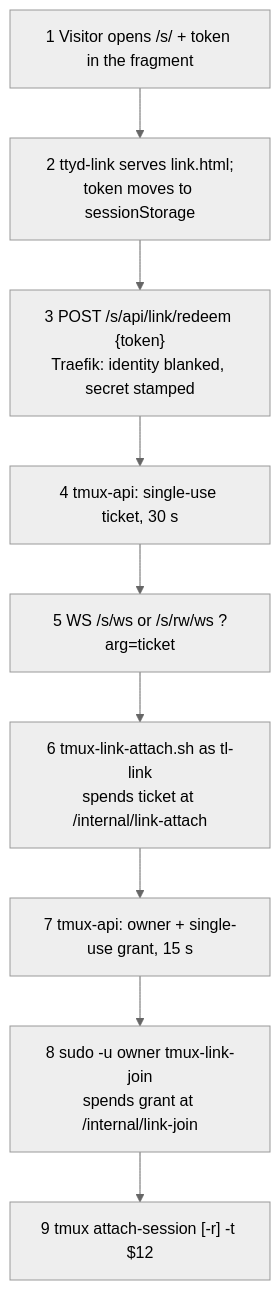
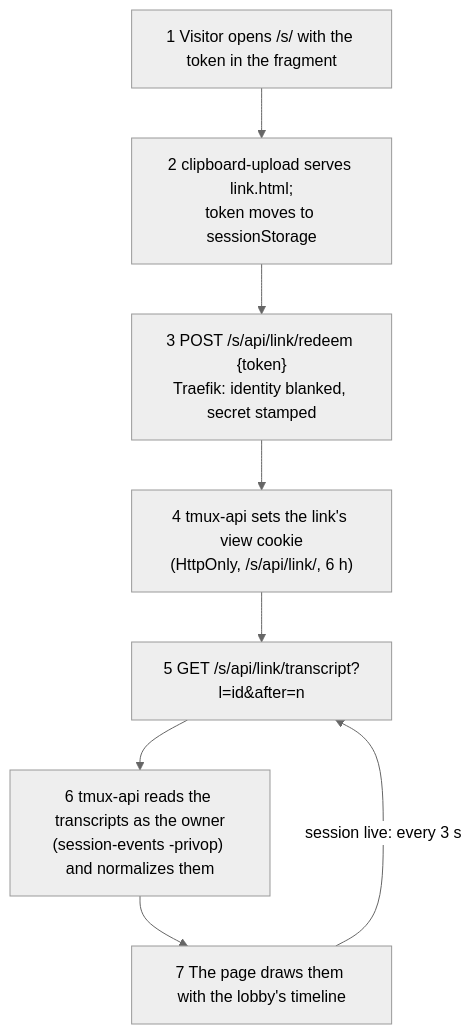
The diagram in docs/plans/2026-10-06-public-links-design.md (ViktorBarzin/terminal-lobby), drawn with Mermaid (neutral theme) before and after one commit. The commit also changed other lines of this file and 49 other files, not shown here.

````diff
--- a/docs/plans/2026-10-06-public-links-design.md
+++ b/docs/plans/2026-10-06-public-links-design.md
@@ -52,11 +43,10 @@
 ```mermaid
 flowchart TD
-  open["1 Visitor opens /s/ + token in the fragment"] --> page["2 ttyd-link serves link.html;<br/>token moves to sessionStorage"]
+  open["1 Visitor opens /s/ with the token in the fragment"] --> page["2 clipboard-upload serves link.html;<br/>token moves to sessionStorage"]
   page --> redeem["3 POST /s/api/link/redeem {token}<br/>Traefik: identity blanked, secret stamped"]
-  redeem --> ticket["4 tmux-api: single-use ticket, 30 s"]
-  ticket --> ws["5 WS /s/ws or /s/rw/ws ?arg=ticket"]
-  ws --> attach["6 tmux-link-attach.sh as tl-link<br/>spends ticket at /internal/link-attach"]
-  attach --> grant["7 tmux-api: owner + single-use grant, 15 s"]
-  grant --> join["8 sudo -u owner tmux-link-join<br/>spends grant at /internal/link-join"]
-  join --> tmux["9 tmux attach-session [-r] -t $12"]
+  redeem --> cookie["4 tmux-api sets the link's view cookie<br/>(HttpOnly, /s/api/link/, 6 h)"]
+  cookie --> read["5 GET /s/api/link/transcript?l=id&after=n"]
+  read --> parse["6 tmux-api reads the transcripts as the owner<br/>(session-events -privop) and normalizes them"]
+  parse --> draw["7 The page draws them with the lobby's timeline"]
+  draw -- "session live: every 3 s" --> read
 ```
````
